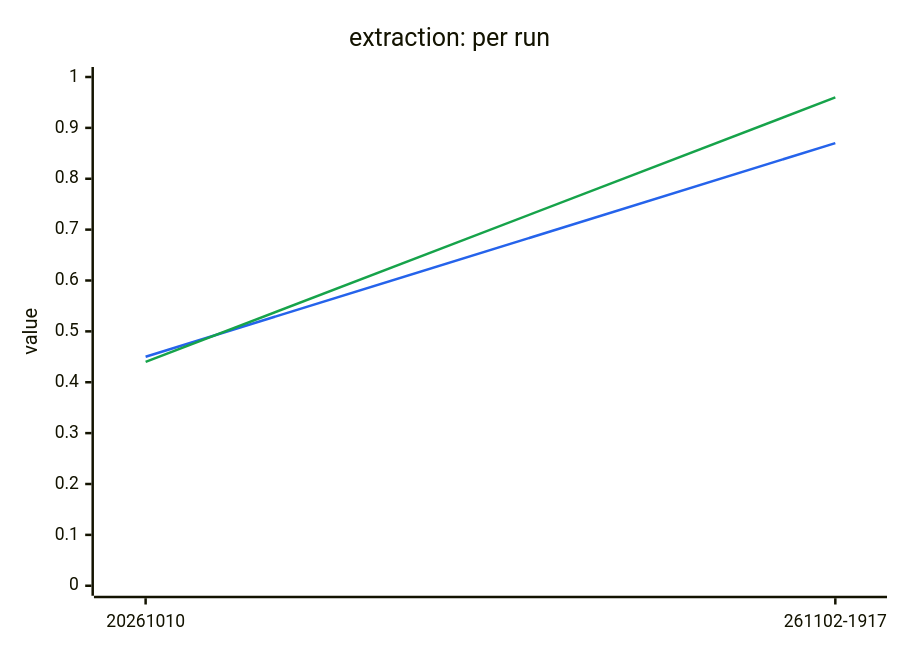
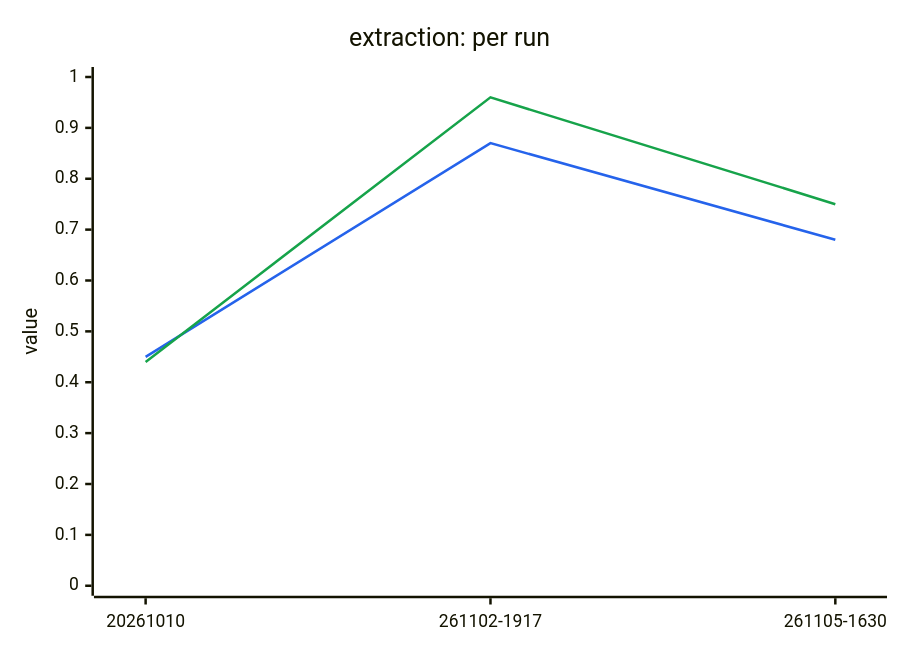
One commit to megagonlabs/blue-data-user-source changed the diagram in lib/tests/benchmarks/extraction/results/README.md. Above: the diagram before and after it, drawn with Mermaid. The commit also changed other lines of this file and 5 other files, not shown here.

````diff
--- a/lib/tests/benchmarks/extraction/results/README.md
+++ b/lib/tests/benchmarks/extraction/results/README.md
@@ -28,9 +28,9 @@
 ```mermaid
 %%{init: {"themeVariables": {"xyChart": {"plotColorPalette": "#2563eb, #16a34a"}}}}%%
 xychart-beta
     title "extraction: per run"
-    x-axis ["20261010", "261102-1917"]
+    x-axis ["20261010", "261102-1917", "261105-1630"]
     y-axis "value" 0 --> 1
-    line [0.45, 0.87]
-    line [0.44, 0.96]
+    line [0.45, 0.87, 0.68]
+    line [0.44, 0.96, 0.75]
 ```
````
